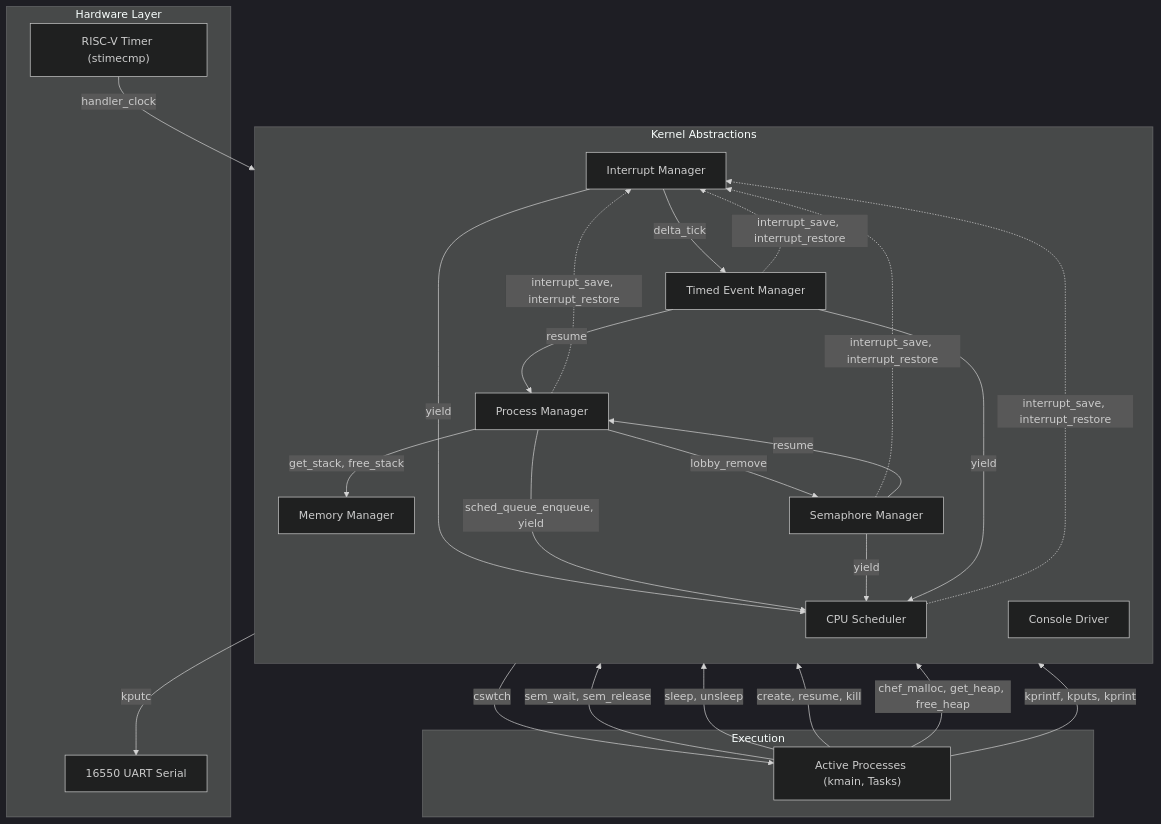
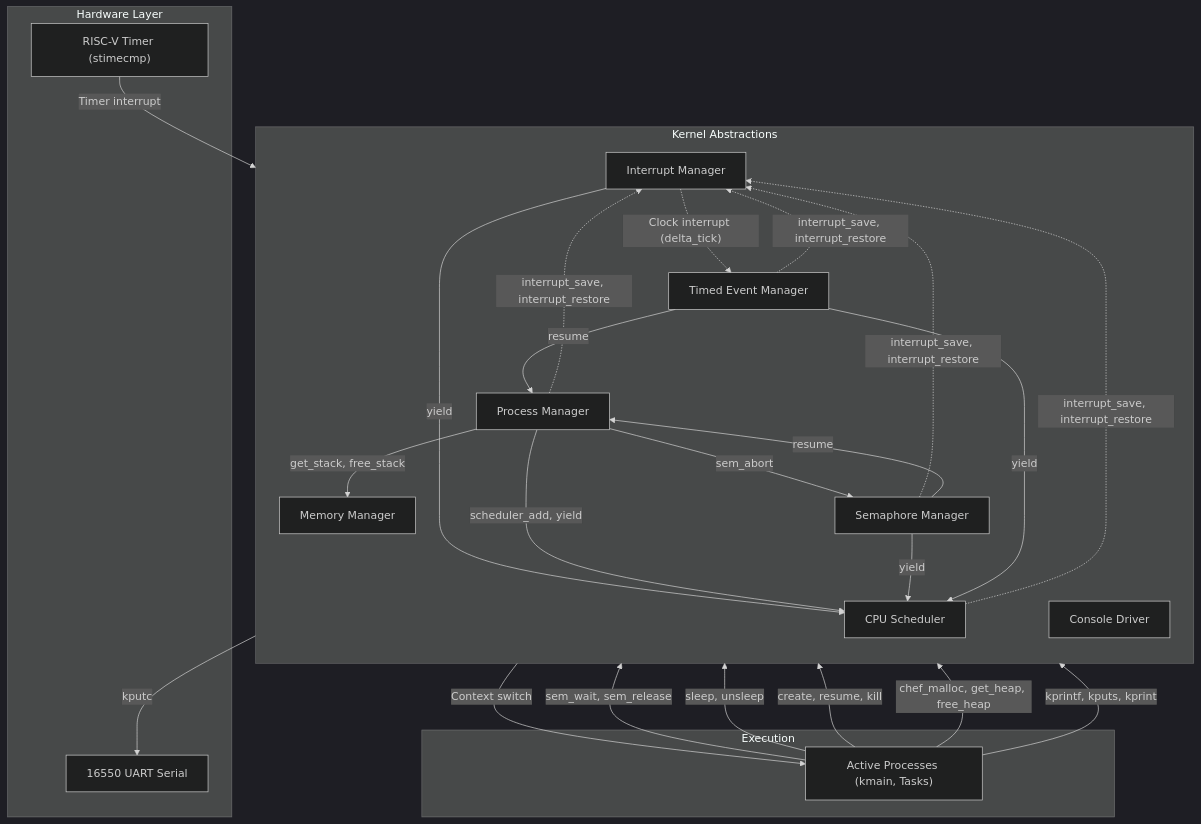
One commit to AtesIsf/Rio changed the diagram in README.md. Above: the diagram before and after it, drawn with Mermaid (dark theme). The commit also changed other lines of this file, not shown here.

````diff
--- a/README.md
+++ b/README.md
@@ -224,55 +204,55 @@
 ```mermaid
 flowchart TD
     subgraph Hardware ["Hardware Layer"]
         HW_TIMER["RISC-V Timer (stimecmp)"]
         HW_UART["16550 UART Serial"]
     end
 
     subgraph Core ["Kernel Abstractions"]
         direction TB
         MEM["Memory Manager"]
         PROC["Process Manager"]
         INT["Interrupt Manager"]
         SCHED["CPU Scheduler"]
         SEM["Semaphore Manager"]
         TIMED["Timed Event Manager"]
         CONSOLE["Console Driver"]
     end
 
     subgraph Exec ["Execution"]
         TASKS["Active Processes (kmain, Tasks)"]
     end
 
     %% Preemption & Scheduling
-    HW_TIMER -->|"handler_clock"| INT
+    HW_TIMER -->|"Timer interrupt"| INT
     INT -->|"yield"| SCHED
-    SCHED -->|"cswtch"| TASKS
+    SCHED -->|"Context switch"| TASKS
 
     %% Concurrency & Critical Sections
     SCHED -.->|"interrupt_save, interrupt_restore"| INT
     PROC -.->|"interrupt_save, interrupt_restore"| INT
     SEM -.->|"interrupt_save, interrupt_restore"| INT
     TIMED -.->|"interrupt_save, interrupt_restore"| INT
 
     %% Process & Memory Interactions
     PROC -->|"get_stack, free_stack"| MEM
-    PROC -->|"sched_queue_enqueue, yield"| SCHED
+    PROC -->|"scheduler_add, yield"| SCHED
 
     %% Synchronization (Semaphores)
     TASKS -->|"sem_wait, sem_release"| SEM
     SEM -->|"resume"| PROC
     SEM -->|"yield"| SCHED
-    PROC -->|"lobby_remove"| SEM
+    PROC -->|"sem_abort"| SEM
 
     %% Timed Events & Sleep
     TASKS -->|"sleep, unsleep"| TIMED
-    INT -->|"delta_tick"| TIMED
+    INT -.->|"Clock interrupt (delta_tick)"| TIMED
     TIMED -->|"resume"| PROC
     TIMED -->|"yield"| SCHED
 
     %% Task Execution & I/O
     TASKS -->|"create, resume, kill"| PROC
     TASKS -->|"chef_malloc, get_heap, free_heap"| MEM
     TASKS -->|"kprintf, kputs, kprint"| CONSOLE
     CONSOLE -->|"kputc"| HW_UART
 ```
````
